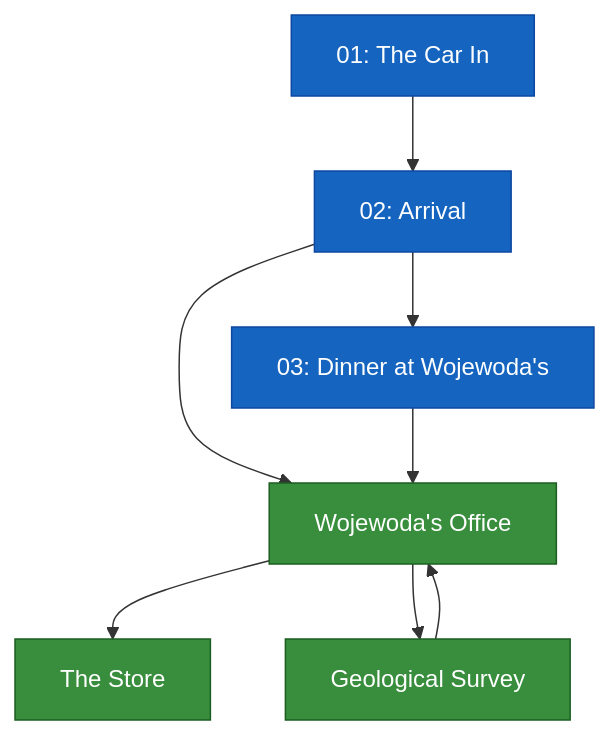
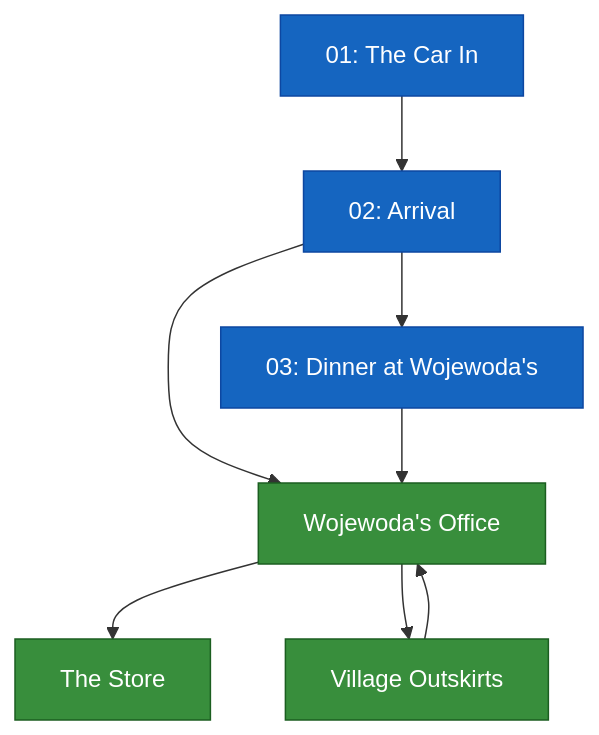
The diagram in story/scenario-graph.mmd (EasyL0ver/kampania), drawn with Mermaid before and after one commit. The commit also changed 9 other files, not shown here.

First line of the commit message:
Rename geological survey → village outskirts

```diff
--- a/story/scenario-graph.mmd
+++ b/story/scenario-graph.mmd
@@ -1,20 +1,20 @@
 graph TD
     %% === GENERATED FROM scenes/ FOLDER ===
 
     %% === EVENTS ===
     E01[01: The Car In] --> E02[02: Arrival]
     E02 --> E03[03: Dinner at Wojewoda's]
     E02 --> L_OFFICE[Wojewoda's Office]
 
     %% === LOCATIONS ===
     E03 --> L_OFFICE
     L_OFFICE --> L_STORE[The Store]
-    L_OFFICE --> L_SURVEY[Geological Survey]
+    L_OFFICE --> L_SURVEY[Village Outskirts]
     L_SURVEY --> L_OFFICE
 
     %% === STYLING ===
     classDef event fill:#1565c0,color:#fff,stroke:#0d47a1
     classDef location fill:#388e3c,color:#fff,stroke:#1b5e20
 
     class E01,E02,E03 event
     class L_OFFICE,L_STORE,L_SURVEY location
```
